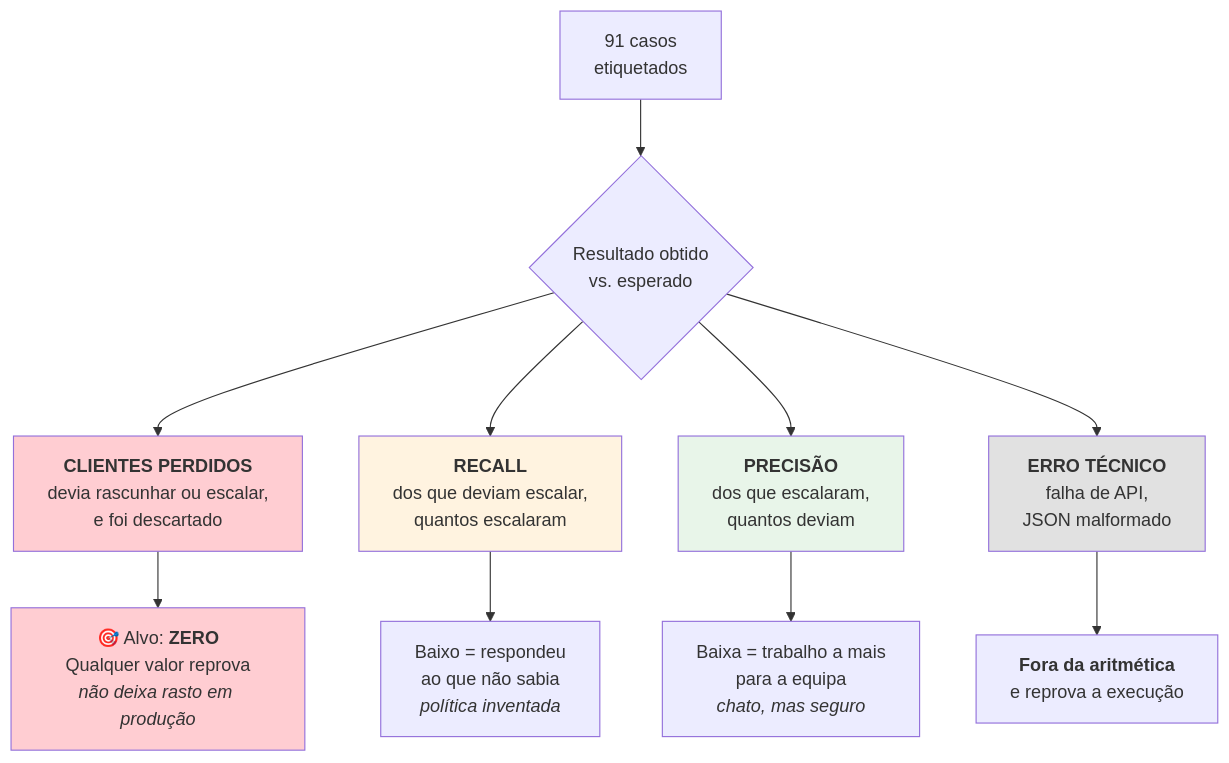
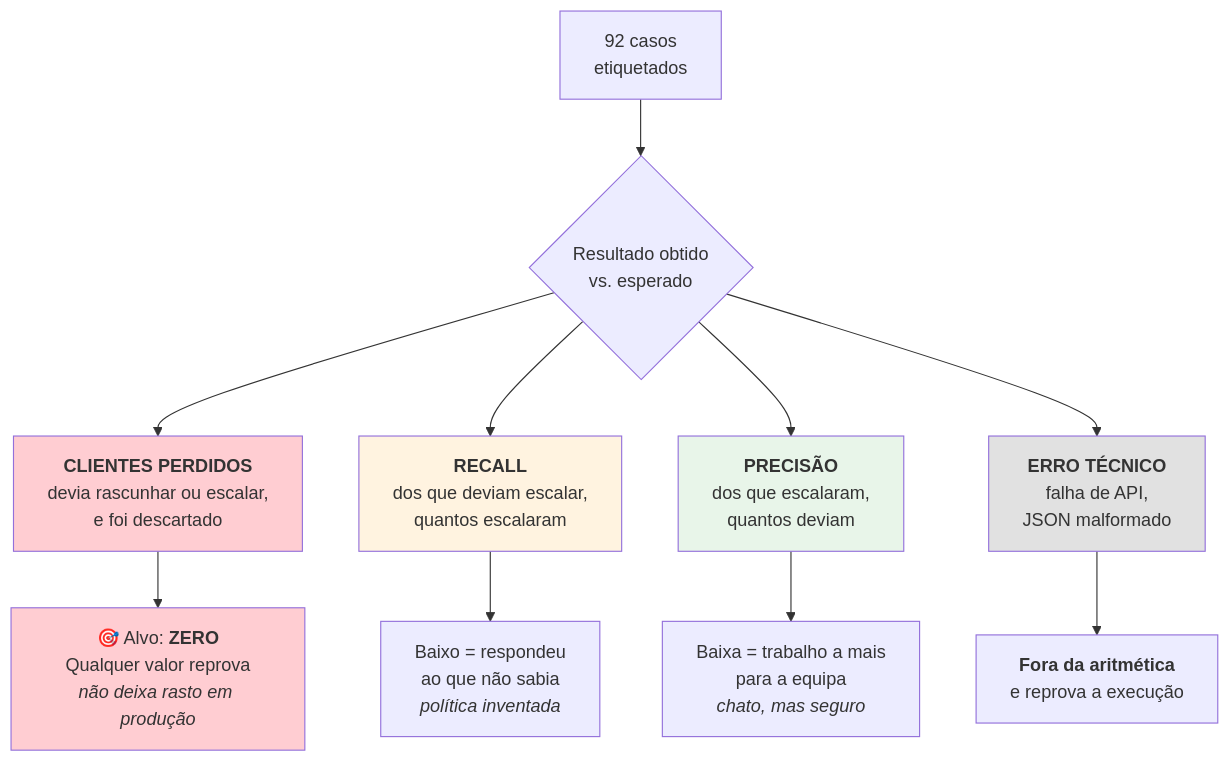
One commit to joaocarvalhini/Outlook-Reply-Assistant changed the diagram in docs/05-reliability/evaluation.md. Above: the diagram before and after it, drawn with Mermaid. The commit also changed other lines of this file and 8 other files, not shown here.

````diff
--- a/docs/05-reliability/evaluation.md
+++ b/docs/05-reliability/evaluation.md
@@ -24,20 +24,20 @@
 ```mermaid
 flowchart TD
-    A["91 casos<br/>etiquetados"] --> B{"Resultado obtido<br/>vs. esperado"}
+    A["92 casos<br/>etiquetados"] --> B{"Resultado obtido<br/>vs. esperado"}
 
     B --> C["<b>CLIENTES PERDIDOS</b><br/>devia rascunhar ou escalar,<br/>e foi descartado"]
     B --> D["<b>RECALL</b><br/>dos que deviam escalar,<br/>quantos escalaram"]
     B --> E["<b>PRECISÃO</b><br/>dos que escalaram,<br/>quantos deviam"]
     B --> F["<b>ERRO TÉCNICO</b><br/>falha de API,<br/>JSON malformado"]
 
     C --> C1["🎯 Alvo: <b>ZERO</b><br/>Qualquer valor reprova<br/><i>não deixa rasto em produção</i>"]
     D --> D1["Baixo = respondeu<br/>ao que não sabia<br/><i>política inventada</i>"]
     E --> E1["Baixa = trabalho a mais<br/>para a equipa<br/><i>chato, mas seguro</i>"]
     F --> F1["<b>Fora da aritmética</b><br/>e reprova a execução"]
 
     style C fill:#ffcdd2
     style C1 fill:#ffcdd2
     style D fill:#fff3e0
     style E fill:#e8f5e9
     style F fill:#e1e1e1
 ```
````
